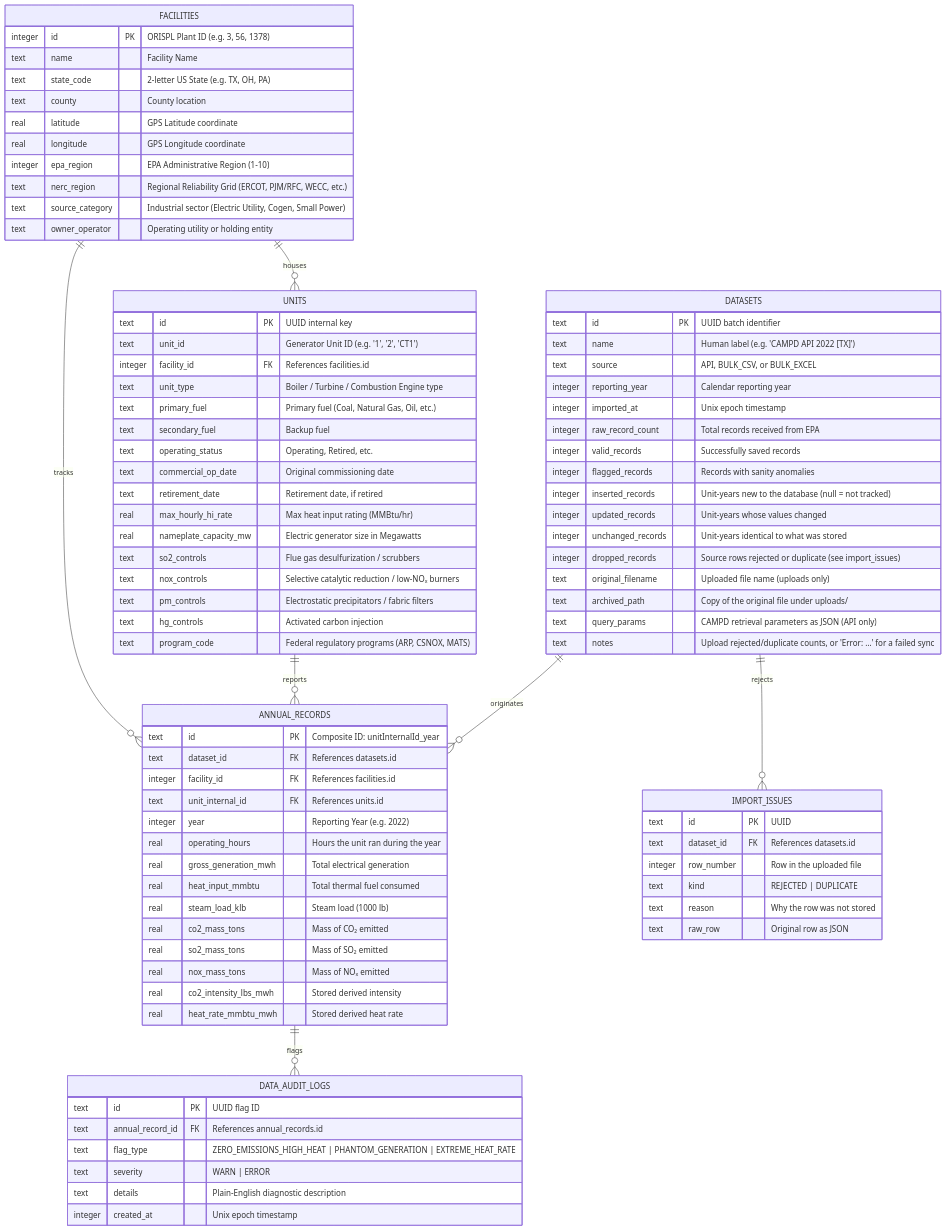
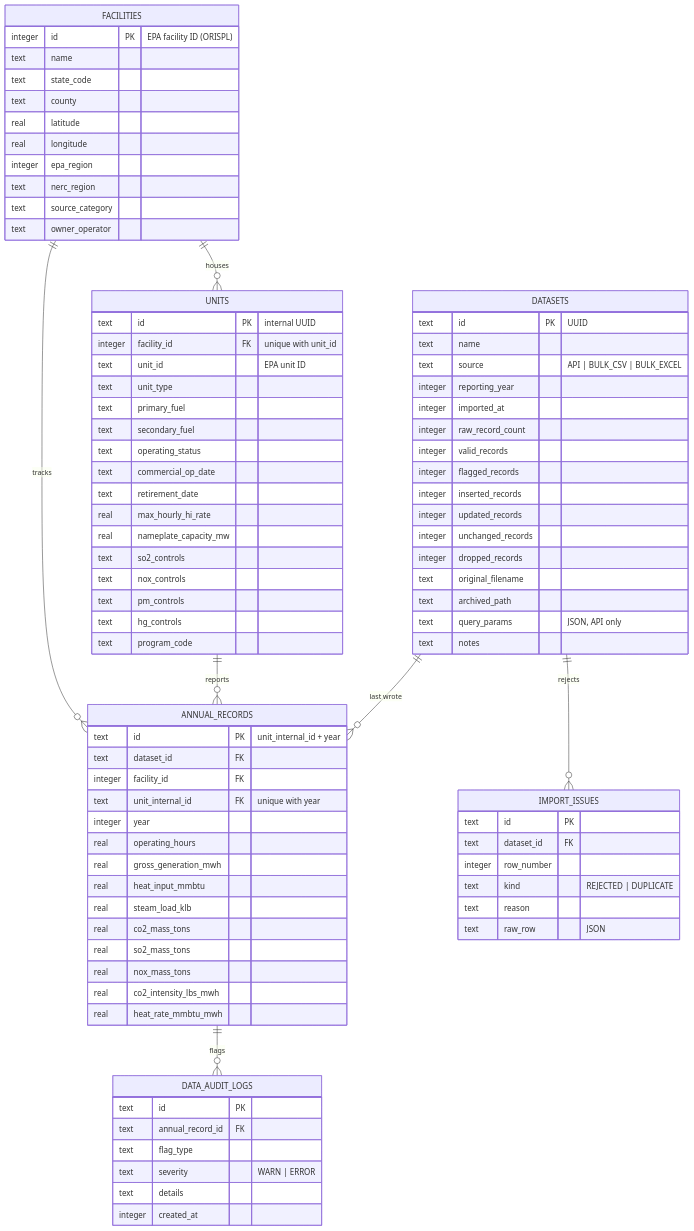
One commit to raajbanga/cs396-project changed the second of 2 diagrams in README.md. Above: the diagram before and after it, drawn with Mermaid. The commit also changed other lines of this file and 26 other files, not shown here.

````diff
--- a/README.md
+++ b/README.md
@@ -95,93 +258,93 @@
     FACILITIES ||--o{ UNITS : "houses"
     FACILITIES ||--o{ ANNUAL_RECORDS : "tracks"
     UNITS ||--o{ ANNUAL_RECORDS : "reports"
-    DATASETS ||--o{ ANNUAL_RECORDS : "originates"
+    DATASETS ||--o{ ANNUAL_RECORDS : "last wrote"
     ANNUAL_RECORDS ||--o{ DATA_AUDIT_LOGS : "flags"
     DATASETS ||--o{ IMPORT_ISSUES : "rejects"
 
     FACILITIES {
-        integer id PK "ORISPL Plant ID (e.g. 3, 56, 1378)"
-        text name "Facility Name"
-        text state_code "2-letter US State (e.g. TX, OH, PA)"
-        text county "County location"
-        real latitude "GPS Latitude coordinate"
-        real longitude "GPS Longitude coordinate"
-        integer epa_region "EPA Administrative Region (1-10)"
-        text nerc_region "Regional Reliability Grid (ERCOT, PJM/RFC, WECC, etc.)"
-        text source_category "Industrial sector (Electric Utility, Cogen, Small Power)"
-        text owner_operator "Operating utility or holding entity"
+        integer id PK "EPA facility ID (ORISPL)"
+        text name
+        text state_code
+        text county
+        real latitude
+        real longitude
+        integer epa_region
+        text nerc_region
+        text source_category
+        text owner_operator
     }
 
     UNITS {
-        text id PK "UUID internal key"
-        text unit_id "Generator Unit ID (e.g. '1', '2', 'CT1')"
-        integer facility_id FK "References facilities.id"
-        text unit_type "Boiler / Turbine / Combustion Engine type"
-        text primary_fuel "Primary fuel (Coal, Natural Gas, Oil, etc.)"
-        text secondary_fuel "Backup fuel"
-        text operating_status "Operating, Retired, etc."
-        text commercial_op_date "Original commissioning date"
-        text retirement_date "Retirement date, if retired"
-        real max_hourly_hi_rate "Max heat input rating (MMBtu/hr)"
-        real nameplate_capacity_mw "Electric generator size in Megawatts"
-        text so2_controls "Flue gas desulfurization / scrubbers"
-        text nox_controls "Selective catalytic reduction / low-NOₓ burners"
-        text pm_controls "Electrostatic precipitators / fabric filters"
-        text hg_controls "Activated carbon injection"
-        text program_code "Federal regulatory programs (ARP, CSNOX, MATS)"
+        text id PK "internal UUID"
+        integer facility_id FK "unique with unit_id"
+        text unit_id "EPA unit ID"
+        text unit_type
+        text primary_fuel
+        text secondary_fuel
+        text operating_status
+        text commercial_op_date
+        text retirement_date
+        real max_hourly_hi_rate
+        real nameplate_capacity_mw
+        text so2_controls
+        text nox_controls
+        text pm_controls
+        text hg_controls
+        text program_code
     }
 
     DATASETS {
-        text id PK "UUID batch identifier"
-        text name "Human label (e.g. 'CAMPD API 2022 [TX]')"
-        text source "API, BULK_CSV, or BULK_EXCEL"
-        integer reporting_year "Calendar reporting year"
-        integer imported_at "Unix epoch timestamp"
-        integer raw_record_count "Total records received from EPA"
-        integer valid_records "Successfully saved records"
-        integer flagged_records "Records with sanity anomalies"
-        integer inserted_records "Unit-years new to the database (null = not tracked)"
-        integer updated_records "Unit-years whose values changed"
-        integer unchanged_records "Unit-years identical to what was stored"
-        integer dropped_records "Source rows rejected or duplicate (see import_issues)"
-        text original_filename "Uploaded file name (uploads only)"
-        text archived_path "Copy of the original file under uploads/"
-        text query_params "CAMPD retrieval parameters as JSON (API only)"
-        text notes "Upload rejected/duplicate counts, or 'Error: …' for a failed sync"
+        text id PK "UUID"
+        text name
+        text source "API | BULK_CSV | BULK_EXCEL"
+        integer reporting_year
+        integer imported_at
+        integer raw_record_count
+        integer valid_records
+        integer flagged_records
+        integer inserted_records
+        integer updated_records
+        integer unchanged_records
+        integer dropped_records
+        text original_filename
+        text archived_path
+        text query_params "JSON, API only"
+        text notes
     }
 
     ANNUAL_RECORDS {
-        text id PK "Composite ID: unitInternalId_year"
-        text dataset_id FK "References datasets.id"
-        integer facility_id FK "References facilities.id"
-        text unit_internal_id FK "References units.id"
-        integer year "Reporting Year (e.g. 2022)"
-        real operating_hours "Hours the unit ran during the year"
-        real gross_generation_mwh "Total electrical generation"
-        real heat_input_mmbtu "Total thermal fuel consumed"
-        real steam_load_klb "Steam load (1000 lb)"
-        real co2_mass_tons "Mass of CO₂ emitted"
-        real so2_mass_tons "Mass of SO₂ emitted"
-        real nox_mass_tons "Mass of NOₓ emitted"
-        real co2_intensity_lbs_mwh "Stored derived intensity"
-        real heat_rate_mmbtu_mwh "Stored derived heat rate"
+        text id PK "unit_internal_id + year"
+        text dataset_id FK
+        integer facility_id FK
+        text unit_internal_id FK "unique with year"
+        integer year
+        real operating_hours
+        real gross_generation_mwh
+        real heat_input_mmbtu
+        real steam_load_klb
+        real co2_mass_tons
+        real so2_mass_tons
+        real nox_mass_tons
+        real co2_intensity_lbs_mwh
+        real heat_rate_mmbtu_mwh
     }
 
     IMPORT_ISSUES {
-        text id PK "UUID"
-        text dataset_id FK "References datasets.id"
-        integer row_number "Row in the uploaded file"
+        text id PK
+        text dataset_id FK
+        integer row_number
         text kind "REJECTED | DUPLICATE"
-        text reason "Why the row was not stored"
-        text raw_row "Original row as JSON"
+        text reason
+        text raw_row "JSON"
     }
 
     DATA_AUDIT_LOGS {
-        text id PK "UUID flag ID"
-        text annual_record_id FK "References annual_records.id"
-        text flag_type "ZERO_EMISSIONS_HIGH_HEAT | PHANTOM_GENERATION | EXTREME_HEAT_RATE"
+        text id PK
+        text annual_record_id FK
+        text flag_type
         text severity "WARN | ERROR"
-        text details "Plain-English diagnostic description"
-        integer created_at "Unix epoch timestamp"
+        text details
+        integer created_at
     }
 ```
````
